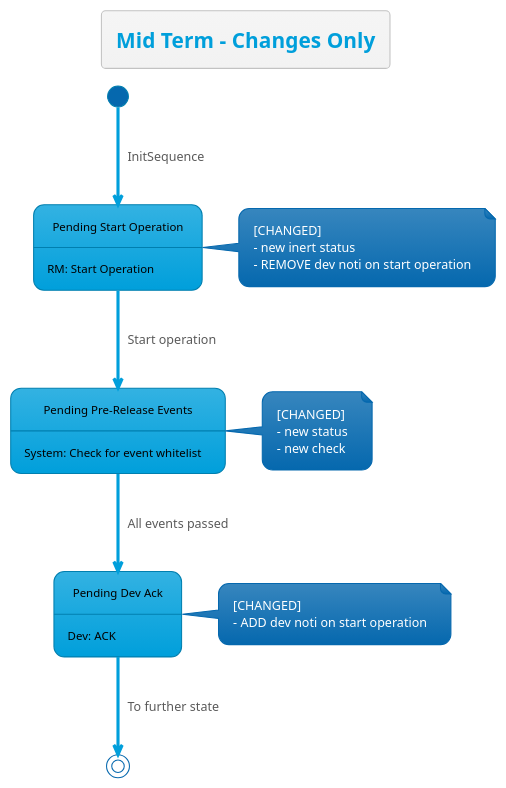
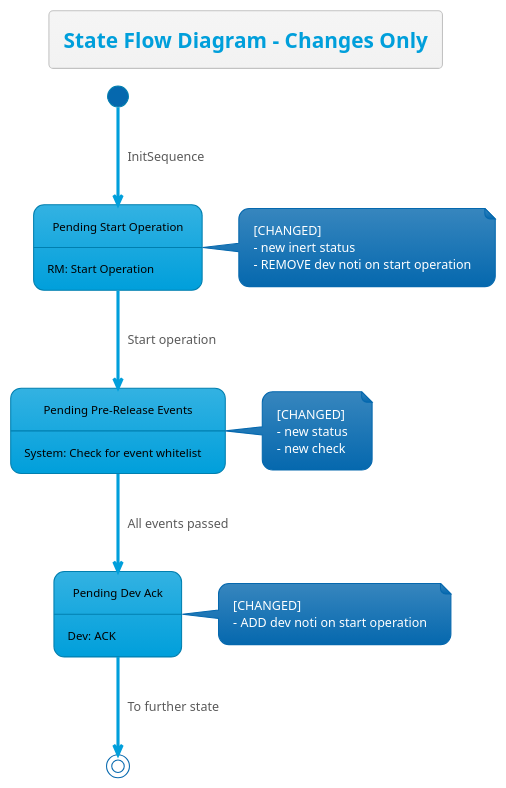
One commit to thetomitomo/diagrams changed the diagram in src/Multi-Day-Deployment/2midTermChangeOnly.plantuml. Above: the diagram before and after it, drawn with PlantUML. The commit also changed 1 other file, not shown here.

```diff
--- a/src/Multi-Day-Deployment/2midTermChangeOnly.plantuml
+++ b/src/Multi-Day-Deployment/2midTermChangeOnly.plantuml
@@ -1,27 +1,26 @@
 @startuml
 !theme bluegray
 skinparam FooterFontColor black
 skinparam StateFontColor black
 
 state "Pending Start Operation" as preOp
 state "Pending Dev Ack" as pendingDevAck
 state "Pending Pre-Release Events" as pendingPreReleaseEvents
 
-title Mid Term - Changes Only
+title State Flow Diagram - Changes Only
 
 [*] --> preOp : InitSequence
 note right of preOp : [CHANGED]\n- new inert status\n- REMOVE dev noti on start operation
 preOp: RM: Start Operation
 
 note right of pendingPreReleaseEvents : [CHANGED] \n- new status\n- new check
 preOp --> pendingPreReleaseEvents : Start operation
 
 pendingPreReleaseEvents --> pendingDevAck : All events passed
 pendingPreReleaseEvents: System: Check for event whitelist
 
 note right of pendingDevAck : [CHANGED]\n- ADD dev noti on start operation
 pendingDevAck: Dev: ACK
 pendingDevAck --> [*] : To further state
 
-
 @enduml
```
